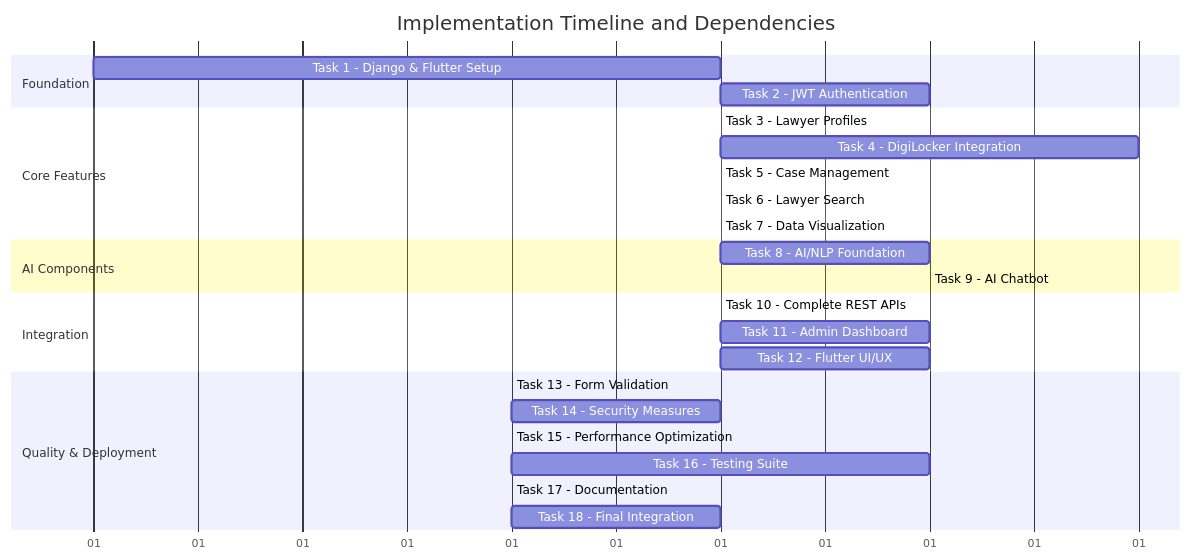
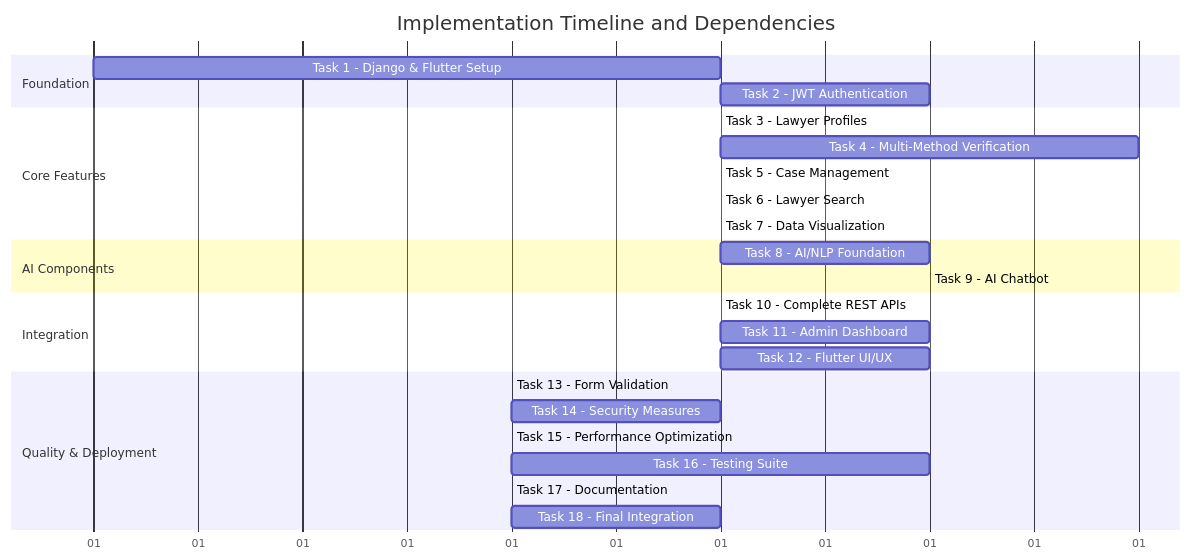
The ninth of 14 diagrams in .kiro/specs/ai-judiciary-platform/architecture-diagrams.md (Nachiket2004/Judiciary_System), drawn with Mermaid before and after one commit. The commit also changed other lines of this file, not shown here.

Commit message:
Digi changes

````diff
--- a/.kiro/specs/ai-judiciary-platform/architecture-diagrams.md
+++ b/.kiro/specs/ai-judiciary-platform/architecture-diagrams.md
@@ -495,34 +514,34 @@
 ```mermaid
 gantt
     title Implementation Timeline and Dependencies
     dateFormat  X
     axisFormat %d
     
     section Foundation
     Task 1 - Django & Flutter Setup    :t1, 0, 3
     Task 2 - JWT Authentication        :t2, after t1, 4
     
     section Core Features
     Task 3 - Lawyer Profiles          :t3, after t2, 3
-    Task 4 - DigiLocker Integration   :t4, after t3, 5
+    Task 4 - Multi-Method Verification :t4, after t3, 5
     Task 5 - Case Management          :t5, after t3, 3
     Task 6 - Lawyer Search            :t6, after t5, 3
     Task 7 - Data Visualization       :t7, after t5, 3
     
     section AI Components
     Task 8 - AI/NLP Foundation        :t8, after t1, 4
     Task 9 - AI Chatbot               :t9, after t8, 4
     
     section Integration
     Task 10 - Complete REST APIs      :t10, after t6, 3
     Task 11 - Admin Dashboard         :t11, after t10, 4
     Task 12 - Flutter UI/UX           :t12, after t7, 4
     
     section Quality & Deployment
     Task 13 - Form Validation         :t13, after t12, 2
     Task 14 - Security Measures       :t14, after t13, 3
     Task 15 - Performance Optimization :t15, after t14, 2
     Task 16 - Testing Suite           :t16, after t15, 4
     Task 17 - Documentation           :t17, after t16, 2
     Task 18 - Final Integration       :t18, after t17, 3
 ```
````
